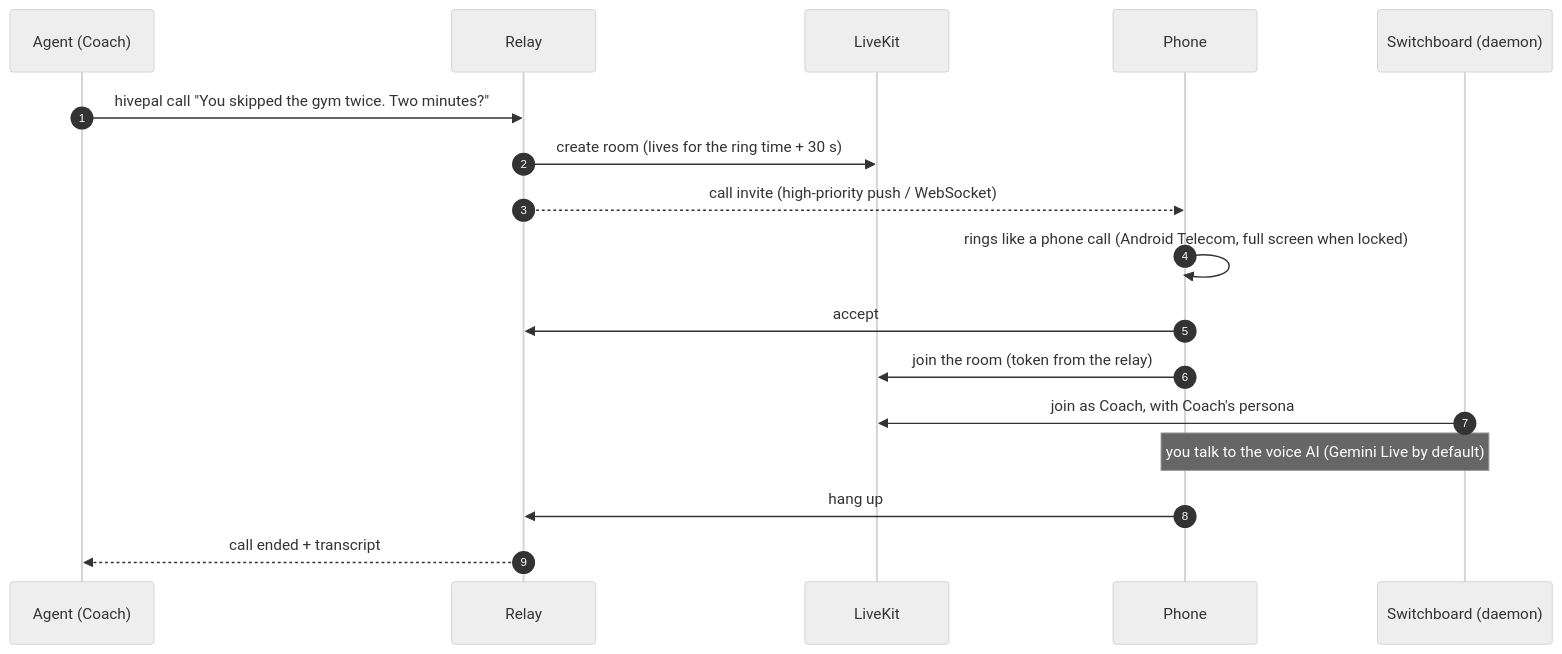
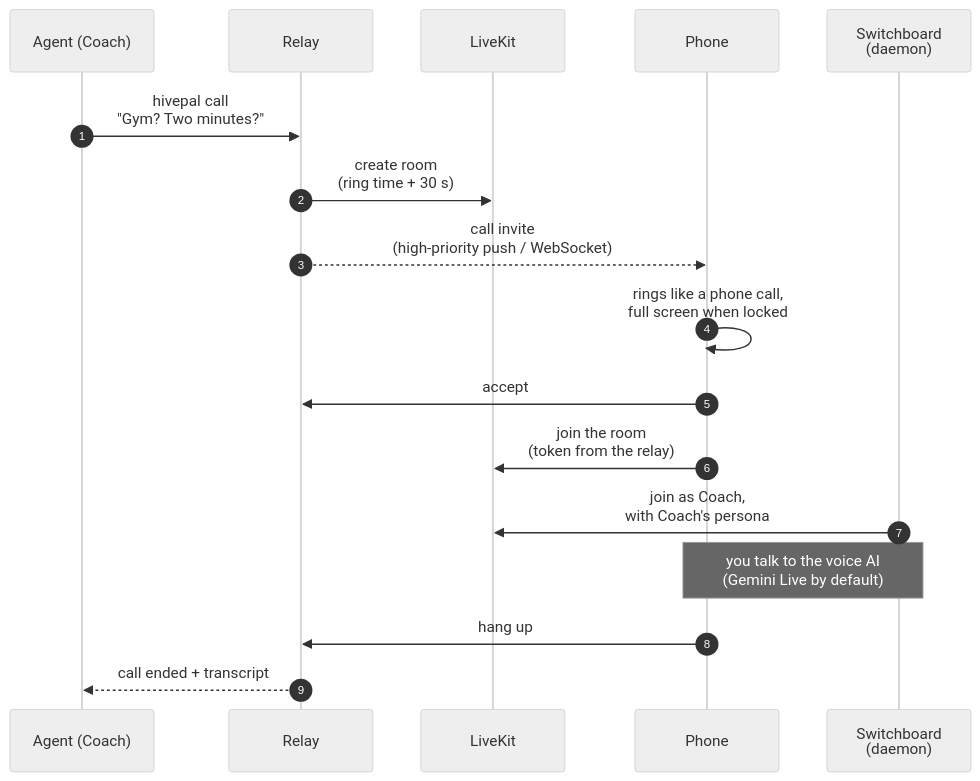
The fourth of 8 diagrams in docs/concepts/how-it-works.md (mixx86/hivepal), drawn with Mermaid (neutral theme) before and after one commit. The commit also changed other lines of this file and 1 other file, not shown here.

First line of the commit message:
Docs: narrower diagrams so they stay readable on the website

````diff
--- a/docs/concepts/how-it-works.md
+++ b/docs/concepts/how-it-works.md
@@ -89,19 +89,19 @@
 ```mermaid
 sequenceDiagram
     autonumber
     participant Ag as Agent (Coach)
     participant R as Relay
     participant L as LiveKit
     participant P as Phone
-    participant D as Switchboard (daemon)
-    Ag->>R: hivepal call "You skipped the gym twice. Two minutes?"
-    R->>L: create room (lives for the ring time + 30 s)
-    R-->>P: call invite (high-priority push / WebSocket)
-    P->>P: rings like a phone call (Android Telecom, full screen when locked)
+    participant D as Switchboard<br/>(daemon)
+    Ag->>R: hivepal call<br/>"Gym? Two minutes?"
+    R->>L: create room<br/>(ring time + 30 s)
+    R-->>P: call invite<br/>(high-priority push / WebSocket)
+    P->>P: rings like a phone call,<br/>full screen when locked
     P->>R: accept
-    P->>L: join the room (token from the relay)
-    D->>L: join as Coach, with Coach's persona
-    Note over P,D: you talk to the voice AI (Gemini Live by default)
+    P->>L: join the room<br/>(token from the relay)
+    D->>L: join as Coach,<br/>with Coach's persona
+    Note over P,D: you talk to the voice AI<br/>(Gemini Live by default)
     P->>R: hang up
     R-->>Ag: call ended + transcript
 ```
````
